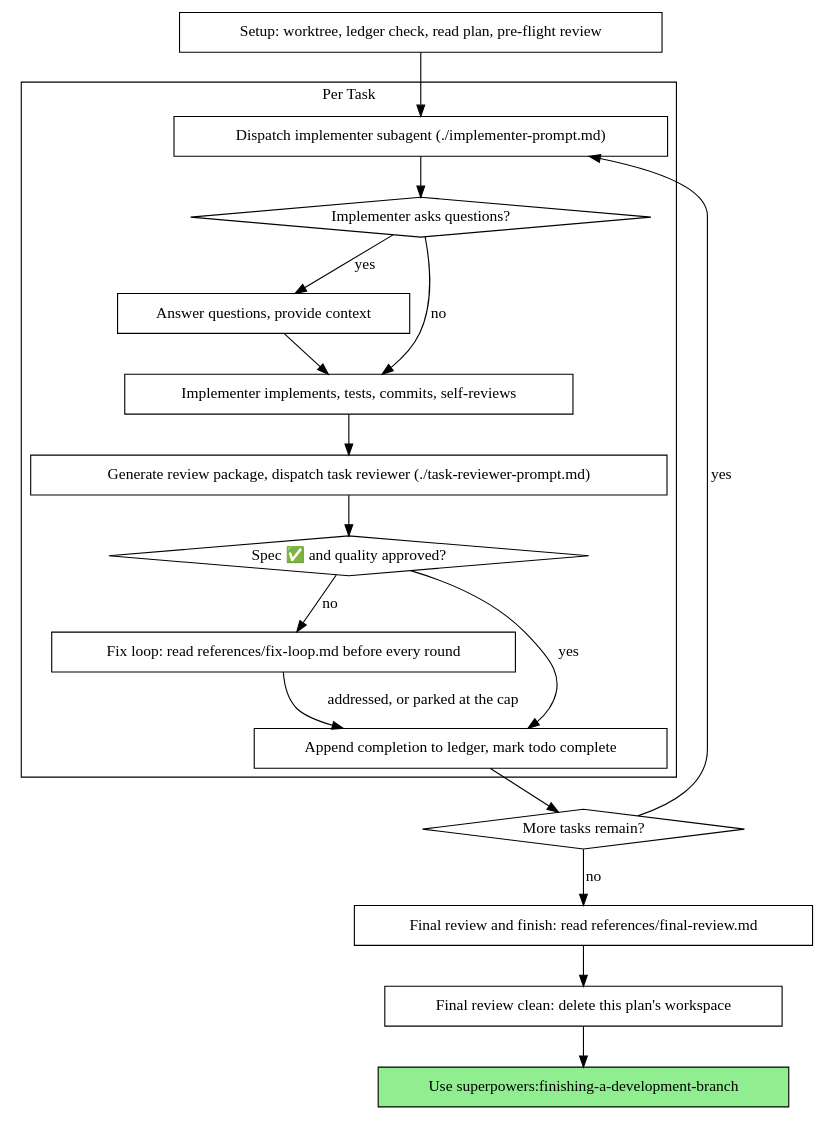
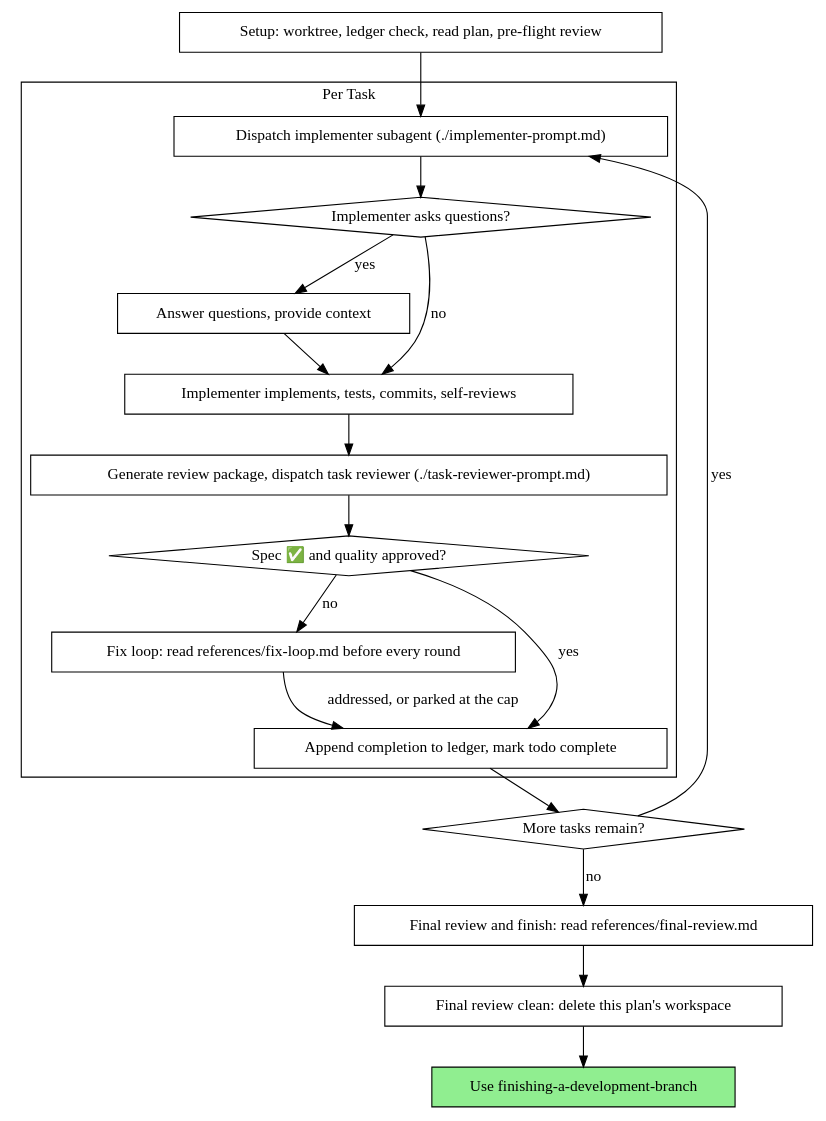
Before and after one commit to iku198/AIDevTest: the second of 2 diagrams in .claude/skills/subagent-driven-development/SKILL.md, drawn with Graphviz. The commit also changed other lines of this file and 18 other files, not shown here.

````diff
--- a/.claude/skills/subagent-driven-development/SKILL.md
+++ b/.claude/skills/subagent-driven-development/SKILL.md
@@ -61,39 +61,39 @@
 ```dot
 digraph process {
     rankdir=TB;
 
     subgraph cluster_per_task {
         label="Per Task";
         "Dispatch implementer subagent (./implementer-prompt.md)" [shape=box];
         "Implementer asks questions?" [shape=diamond];
         "Answer questions, provide context" [shape=box];
         "Implementer implements, tests, commits, self-reviews" [shape=box];
         "Generate review package, dispatch task reviewer (./task-reviewer-prompt.md)" [shape=box];
         "Spec ✅ and quality approved?" [shape=diamond];
         "Fix loop: read references/fix-loop.md before every round" [shape=box];
         "Append completion to ledger, mark todo complete" [shape=box];
     }
 
     "Setup: worktree, ledger check, read plan, pre-flight review" [shape=box];
     "More tasks remain?" [shape=diamond];
     "Final review and finish: read references/final-review.md" [shape=box];
     "Final review clean: delete this plan's workspace" [shape=box];
-    "Use superpowers:finishing-a-development-branch" [shape=box style=filled fillcolor=lightgreen];
+    "Use finishing-a-development-branch" [shape=box style=filled fillcolor=lightgreen];
 
     "Setup: worktree, ledger check, read plan, pre-flight review" -> "Dispatch implementer subagent (./implementer-prompt.md)";
     "Dispatch implementer subagent (./implementer-prompt.md)" -> "Implementer asks questions?";
     "Implementer asks questions?" -> "Answer questions, provide context" [label="yes"];
     "Answer questions, provide context" -> "Implementer implements, tests, commits, self-reviews";
     "Implementer asks questions?" -> "Implementer implements, tests, commits, self-reviews" [label="no"];
     "Implementer implements, tests, commits, self-reviews" -> "Generate review package, dispatch task reviewer (./task-reviewer-prompt.md)";
     "Generate review package, dispatch task reviewer (./task-reviewer-prompt.md)" -> "Spec ✅ and quality approved?";
     "Spec ✅ and quality approved?" -> "Append completion to ledger, mark todo complete" [label="yes"];
     "Spec ✅ and quality approved?" -> "Fix loop: read references/fix-loop.md before every round" [label="no"];
     "Fix loop: read references/fix-loop.md before every round" -> "Append completion to ledger, mark todo complete" [label="addressed, or parked at the cap"];
     "Append completion to ledger, mark todo complete" -> "More tasks remain?";
     "More tasks remain?" -> "Dispatch implementer subagent (./implementer-prompt.md)" [label="yes"];
     "More tasks remain?" -> "Final review and finish: read references/final-review.md" [label="no"];
     "Final review and finish: read references/final-review.md" -> "Final review clean: delete this plan's workspace";
-    "Final review clean: delete this plan's workspace" -> "Use superpowers:finishing-a-development-branch";
+    "Final review clean: delete this plan's workspace" -> "Use finishing-a-development-branch";
 }
 ```
````
